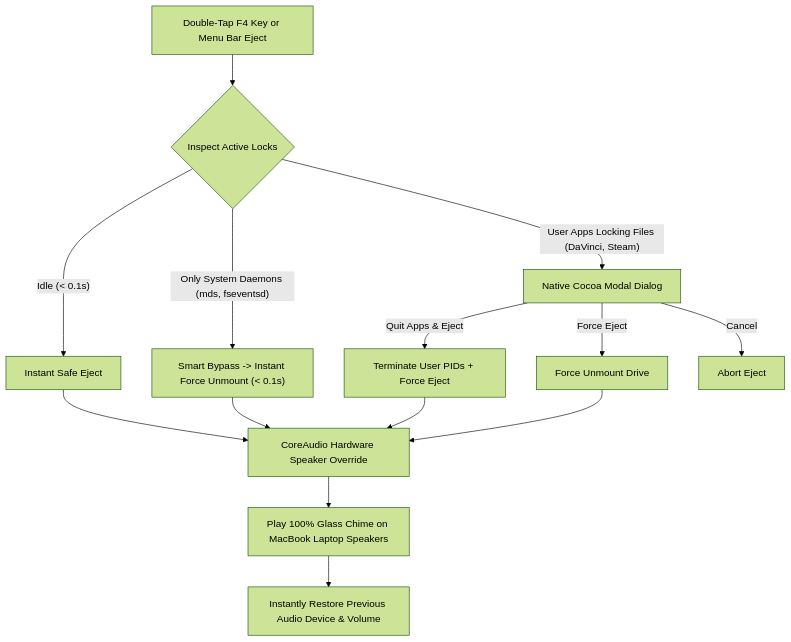
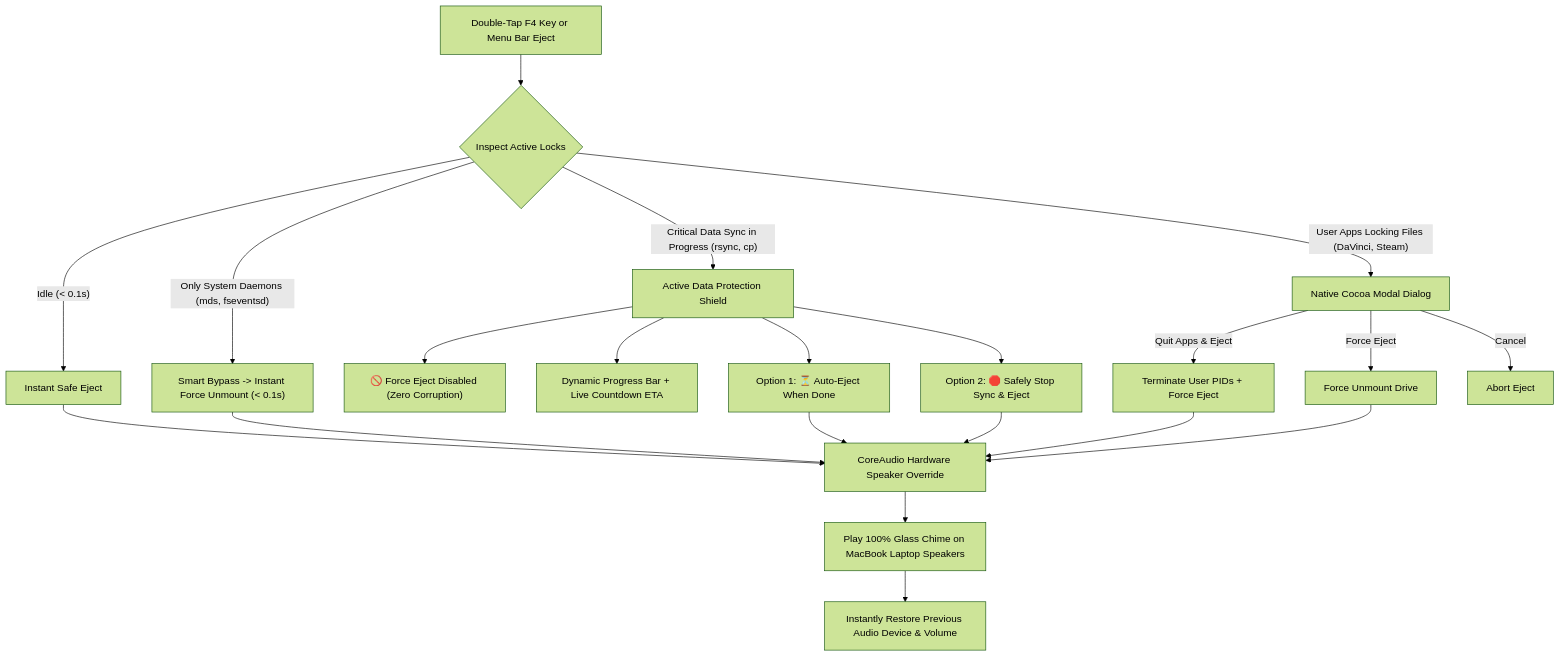
The diagram in README.md (VedantNarayan/SSDEjector), drawn with Mermaid (forest theme) before and after one commit. The commit also changed other lines of this file and 15 other files, not shown here.

````diff
--- a/README.md
+++ b/README.md
@@ -44,16 +44,23 @@
 ```mermaid
 graph TD
     A["Double-Tap F4 Key or Menu Bar Eject"] --> B{"Inspect Active Locks"}
     B -->|"Idle (< 0.1s)"| C["Instant Safe Eject"]
     B -->|"Only System Daemons (mds, fseventsd)"| D["Smart Bypass -> Instant Force Unmount (< 0.1s)"]
-    B -->|"User Apps Locking Files (DaVinci, Steam)"| E["Native Cocoa Modal Dialog"]
-    E -->|"Quit Apps & Eject"| F["Terminate User PIDs + Force Eject"]
-    E -->|"Force Eject"| G["Force Unmount Drive"]
-    E -->|"Cancel"| H["Abort Eject"]
-    C --> I["CoreAudio Hardware Speaker Override"]
-    D --> I
-    F --> I
-    G --> I
-    I --> J["Play 100% Glass Chime on MacBook Laptop Speakers"]
-    J --> K["Instantly Restore Previous Audio Device & Volume"]
+    B -->|"Critical Data Sync in Progress (rsync, cp)"| E["Active Data Protection Shield"]
+    E --> E1["🚫 Force Eject Disabled (Zero Corruption)"]
+    E --> E2["Dynamic Progress Bar + Live Countdown ETA"]
+    E --> E3["Option 1: ⏳ Auto-Eject When Done"]
+    E --> E4["Option 2: 🛑 Safely Stop Sync & Eject"]
+    B -->|"User Apps Locking Files (DaVinci, Steam)"| F["Native Cocoa Modal Dialog"]
+    F -->|"Quit Apps & Eject"| G["Terminate User PIDs + Force Eject"]
+    F -->|"Force Eject"| H["Force Unmount Drive"]
+    F -->|"Cancel"| I["Abort Eject"]
+    C --> J["CoreAudio Hardware Speaker Override"]
+    D --> J
+    E3 --> J
+    E4 --> J
+    G --> J
+    H --> J
+    J --> K["Play 100% Glass Chime on MacBook Laptop Speakers"]
+    K --> L["Instantly Restore Previous Audio Device & Volume"]
 ```
````
